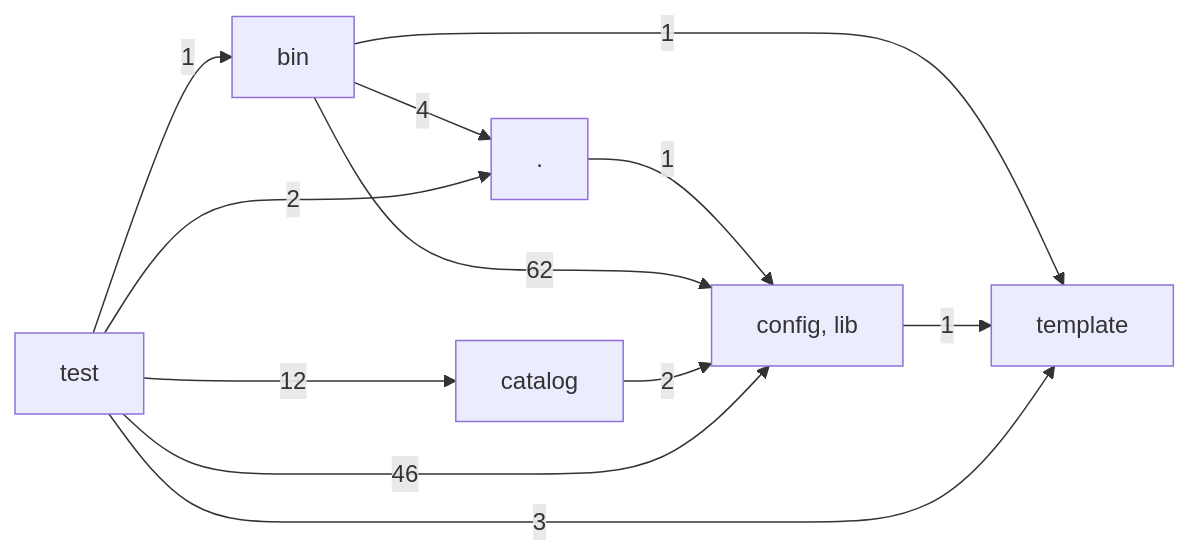
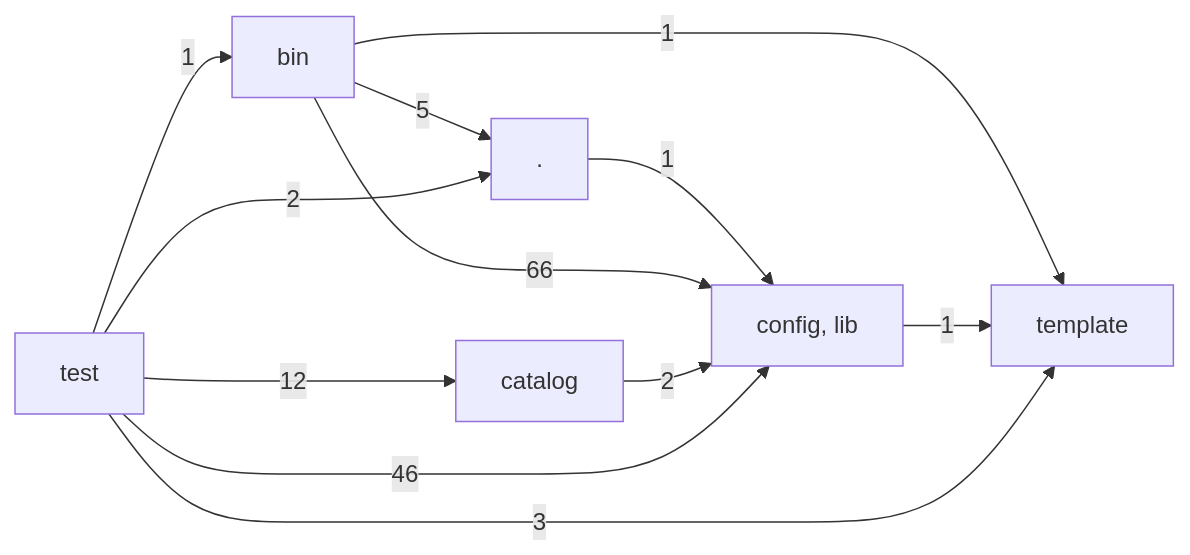
Before and after one commit to hackersandwizards/scaffolding: the diagram in docs/architecture/layers.md, drawn with Mermaid. The commit also changed 16 other files, not shown here.

````diff
--- a/docs/architecture/layers.md
+++ b/docs/architecture/layers.md
@@ -3,20 +3,20 @@
 ```mermaid
 graph LR
   L0["."]
   L1["bin"]
   L2["catalog"]
   L3["config, lib"]
   L4["template"]
   L5["test"]
   L0 -->|1| L3
-  L1 -->|4| L0
-  L1 -->|62| L3
+  L1 -->|5| L0
+  L1 -->|66| L3
   L1 -->|1| L4
   L2 -->|2| L3
   L3 -->|1| L4
   L5 -->|2| L0
   L5 -->|1| L1
   L5 -->|12| L2
   L5 -->|46| L3
   L5 -->|3| L4
 ```
````
